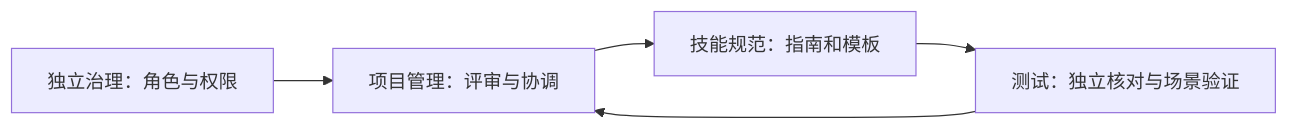
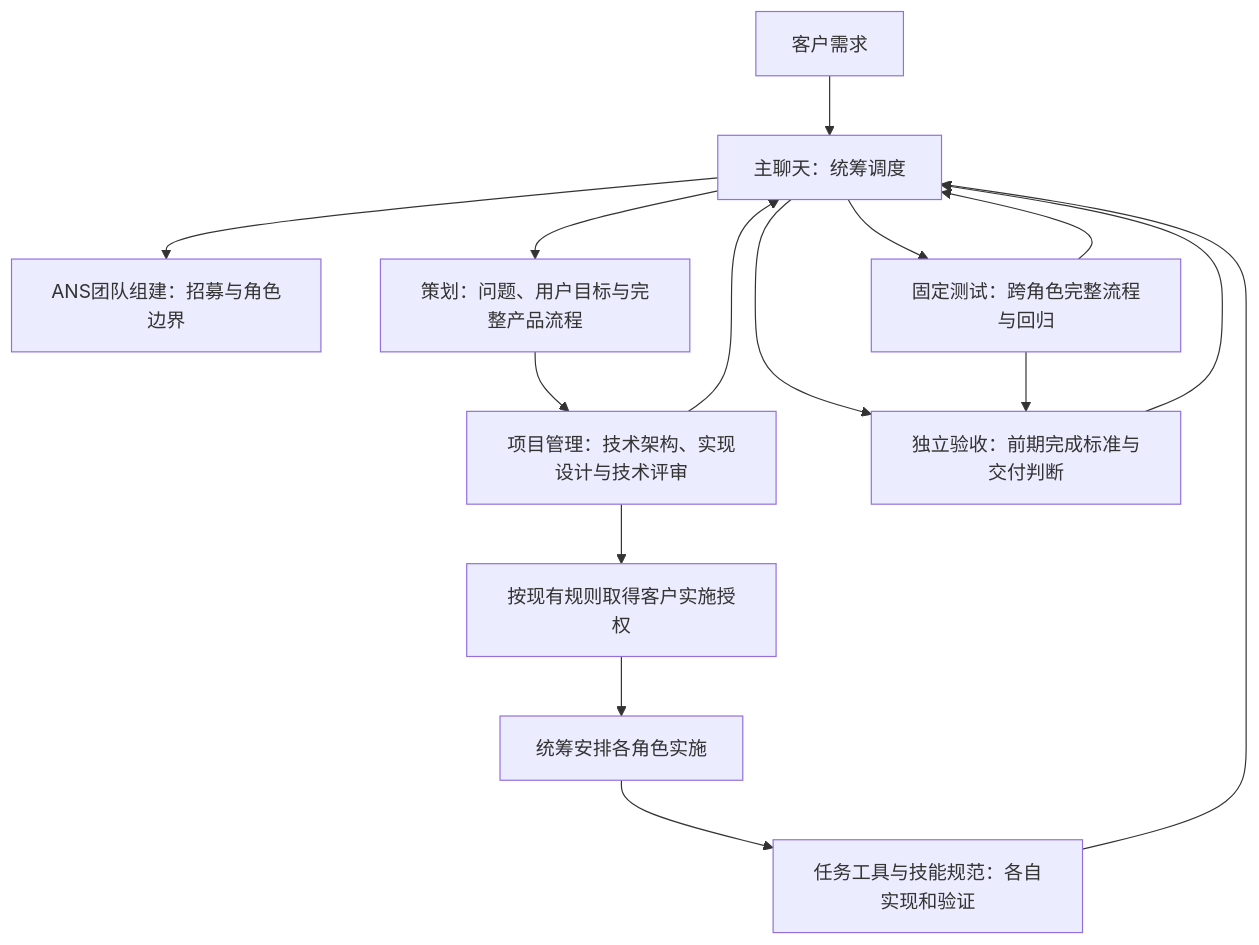
One commit to wangzhongren/ans-skill changed the diagram in 角色卡/项目管理/docs/architecture.md. Above: the diagram before and after it, drawn with Mermaid. The commit also changed other lines of this file and 88 other files, not shown here.

Commit message:
Separate team formation, planning, scheduling and acceptance

````diff
--- a/角色卡/项目管理/docs/architecture.md
+++ b/角色卡/项目管理/docs/architecture.md
@@ -5,7 +7,17 @@
 ```mermaid
-flowchart LR
-  governance[独立治理：角色与权限] --> management[项目管理：评审与协调]
-  management --> rules[技能规范：指南和模板]
-  rules --> validation[测试：独立核对与场景验证]
-  validation --> management
+flowchart TD
+  customer[客户需求] --> scheduler[主聊天：统筹调度]
+  scheduler --> team[ANS团队组建：招募与角色边界]
+  scheduler --> planner[策划：问题、用户目标与完整产品流程]
+  planner --> management[项目管理：技术架构、实现设计与技术评审]
+  management --> consent[按现有规则取得客户实施授权]
+  consent --> execution[统筹安排各角色实施]
+  execution --> development[任务工具与技能规范：各自实现和验证]
+  scheduler --> testing[固定测试：跨角色完整流程与回归]
+  scheduler --> acceptance[独立验收：前期完成标准与交付判断]
+  management --> scheduler
+  development --> scheduler
+  testing --> scheduler
+  testing --> acceptance
+  acceptance --> scheduler
 ```
````
